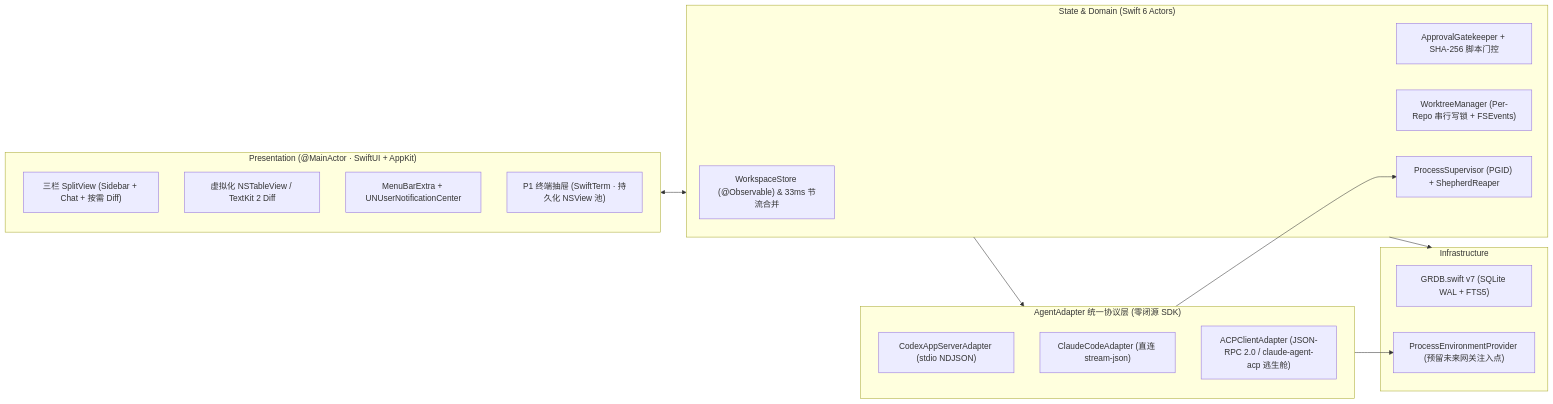
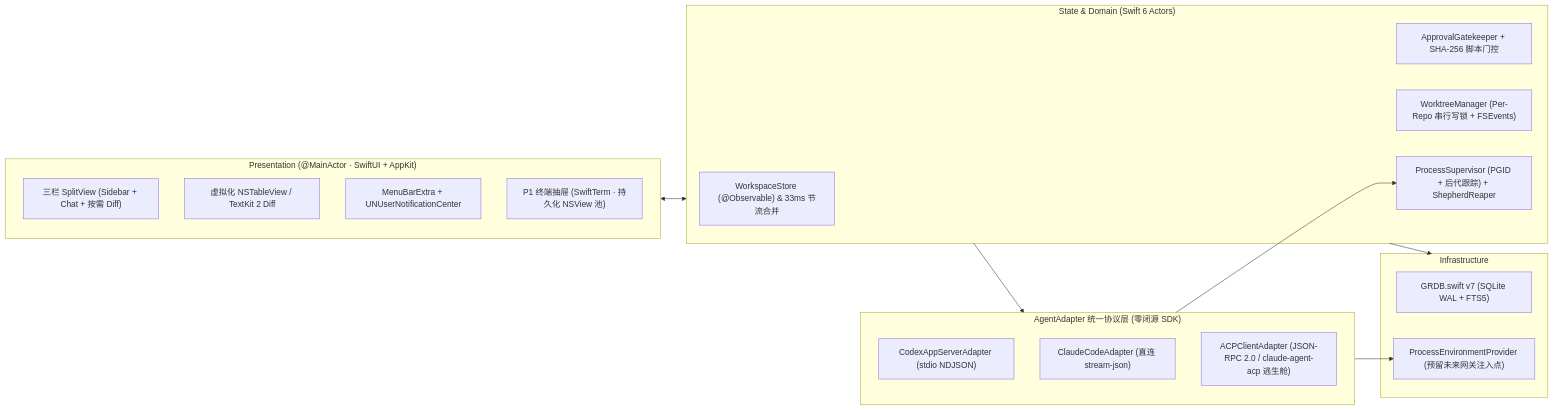
One commit to julytang/Shepherd changed the first of 2 diagrams in docs/PROPOSAL.md. Above: the diagram before and after it, drawn with Mermaid. The commit also changed other lines of this file and 5 other files, not shown here.

````diff
--- a/docs/PROPOSAL.md
+++ b/docs/PROPOSAL.md
@@ -70,33 +70,33 @@
 ```mermaid
 flowchart LR
     subgraph UI["Presentation (@MainActor · SwiftUI + AppKit)"]
         Split["三栏 SplitView (Sidebar + Chat + 按需 Diff)"]
         DiffView["虚拟化 NSTableView / TextKit 2 Diff"]
         Chrome["MenuBarExtra + UNUserNotificationCenter"]
         TermP1["P1 终端抽屉 (SwiftTerm · 持久化 NSView 池)"]
     end
 
     subgraph Core["State & Domain (Swift 6 Actors)"]
         Store["WorkspaceStore (@Observable) & 33ms 节流合并"]
         Gate["ApprovalGatekeeper + SHA-256 脚本门控"]
         WT["WorktreeManager (Per-Repo 串行写锁 + FSEvents)"]
-        Sup["ProcessSupervisor (PGID) + ShepherdReaper"]
+        Sup["ProcessSupervisor (PGID + 后代跟踪) + ShepherdReaper"]
     end
 
     subgraph Drivers["AgentAdapter 统一协议层 (零闭源 SDK)"]
         Codex["CodexAppServerAdapter (stdio NDJSON)"]
         Claude["ClaudeCodeAdapter (直连 stream-json)"]
         ACP["ACPClientAdapter (JSON-RPC 2.0 / claude-agent-acp 逃生舱)"]
     end
 
     subgraph Infra["Infrastructure"]
         DB["GRDB.swift v7 (SQLite WAL + FTS5)"]
         Env["ProcessEnvironmentProvider (预留未来网关注入点)"]
     end
 
     UI <--> Core
     Core --> Drivers
     Core --> Infra
     Drivers --> Sup
     Drivers --> Env
 ```
````
